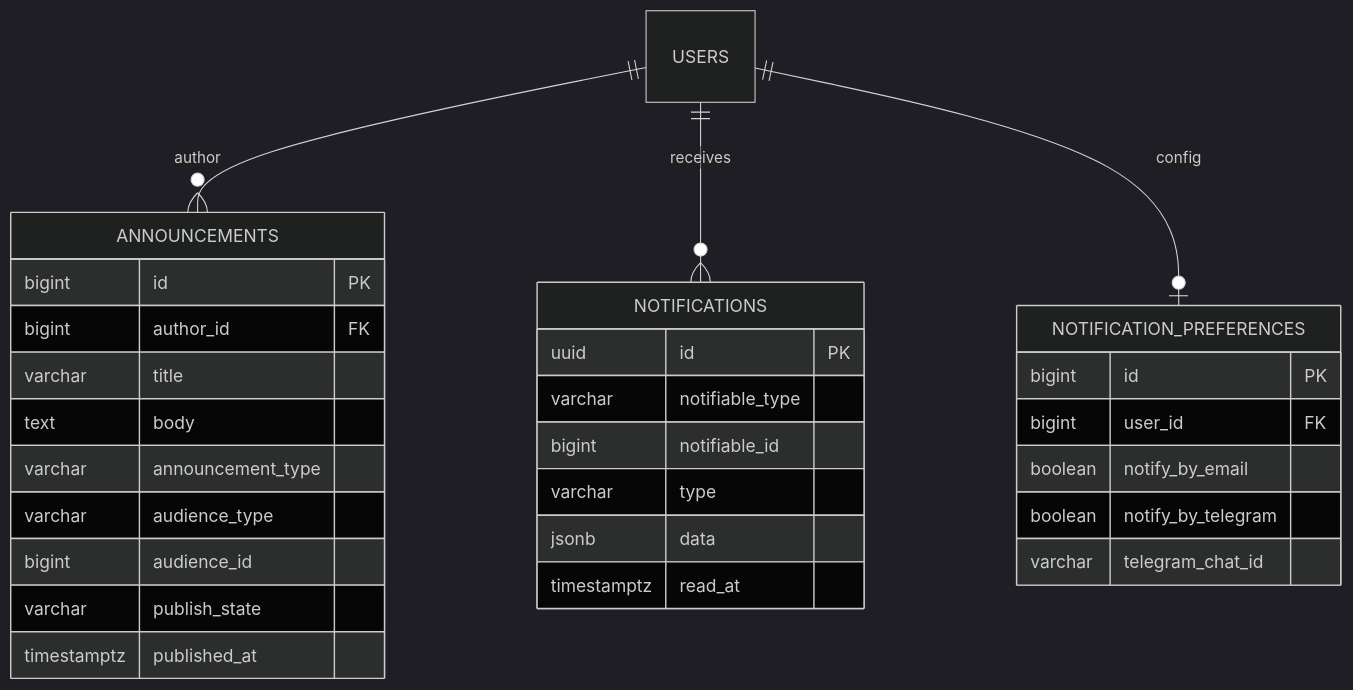
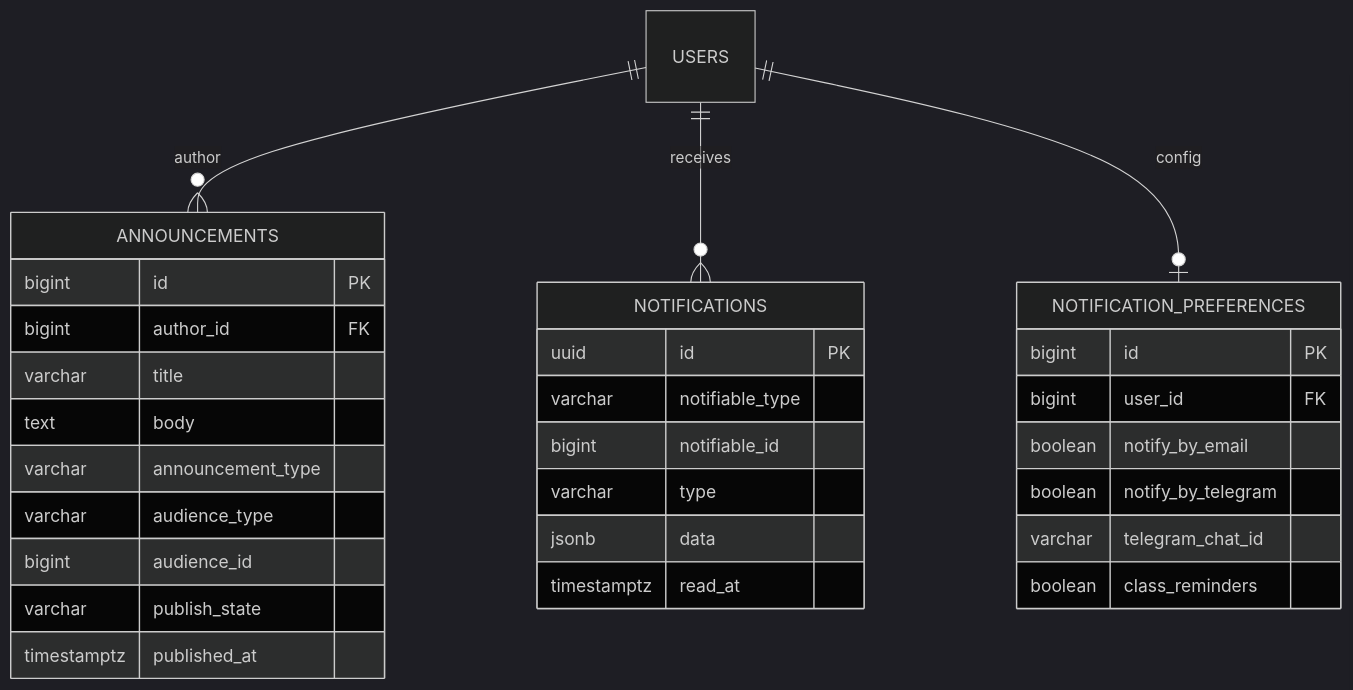
The diagram in docs/database/erd/communication.md (RITH-1437/educore), drawn with Mermaid (dark theme) before and after one commit. The commit also changed 34 other files, not shown here.

````diff
--- a/docs/database/erd/communication.md
+++ b/docs/database/erd/communication.md
@@ -5,33 +5,34 @@
 ```mermaid
 erDiagram
     USERS ||--o{ ANNOUNCEMENTS : "author"
     USERS ||--o{ NOTIFICATIONS : "receives"
     USERS ||--o| NOTIFICATION_PREFERENCES : "config"
 
     ANNOUNCEMENTS {
         bigint id PK
         bigint author_id FK
         varchar title
         text body
         varchar announcement_type
         varchar audience_type
         bigint audience_id
         varchar publish_state
         timestamptz published_at
     }
     NOTIFICATIONS {
         uuid id PK
         varchar notifiable_type
         bigint notifiable_id
         varchar type
         jsonb data
         timestamptz read_at
     }
     NOTIFICATION_PREFERENCES {
         bigint id PK
         bigint user_id FK
         boolean notify_by_email
         boolean notify_by_telegram
         varchar telegram_chat_id
+        boolean class_reminders
     }
 ```
````
